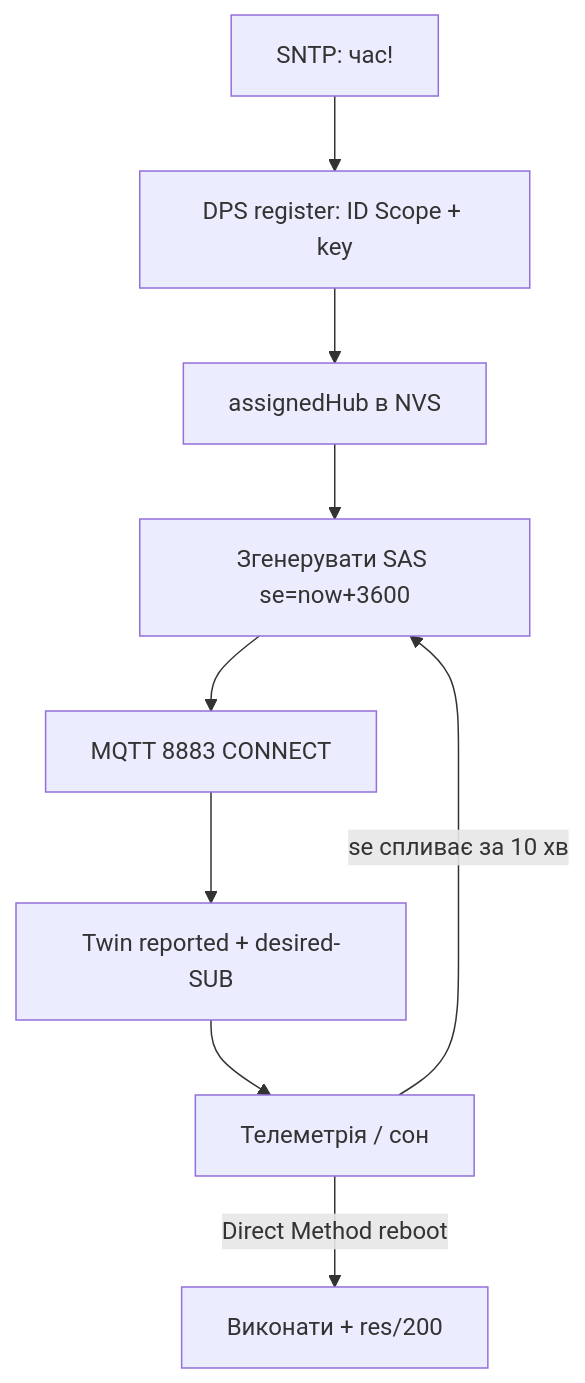
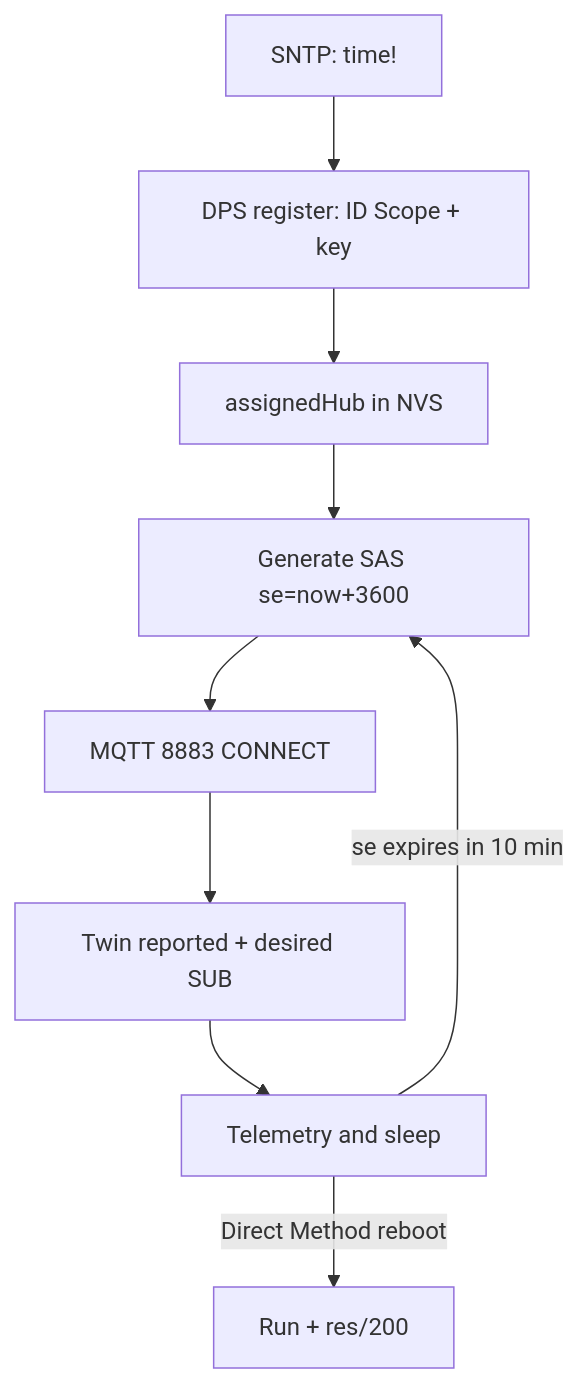
One commit to ksalab/embedded-reference changed the diagram in obsidian_vault/ESP32-Reference/EN/15-Protocols/13-Azure-IoT.en.md. Above: the diagram before and after it, drawn with Mermaid. The commit also changed other lines of this file and 76 other files, not shown here.

````diff
--- a/obsidian_vault/ESP32-Reference/EN/15-Protocols/13-Azure-IoT.en.md
+++ b/obsidian_vault/ESP32-Reference/EN/15-Protocols/13-Azure-IoT.en.md
@@ -90,11 +89,11 @@
 ```mermaid
 flowchart TB
-    SNTP[SNTP: час!] --> REG[DPS register: ID Scope + key]
-    REG --> HUB[assignedHub в NVS]
-    HUB --> SAS[Згенерувати SAS se=now+3600]
+    SNTP[SNTP: time!] --> REG[DPS register: ID Scope + key]
+    REG --> HUB[assignedHub in NVS]
+    HUB --> SAS[Generate SAS se=now+3600]
     SAS --> CONN[MQTT 8883 CONNECT]
-    CONN --> TWIN[Twin reported + desired-SUB]
-    TWIN --> WORK[Телеметрія / сон]
-    WORK -->|se спливає за 10 хв| SAS
-    WORK -->|Direct Method reboot| REBOOT[Виконати + res/200]
+    CONN --> TWIN[Twin reported + desired SUB]
+    TWIN --> WORK[Telemetry and sleep]
+    WORK -->|se expires in 10 min| SAS
+    WORK -->|Direct Method reboot| REBOOT[Run + res/200]
 ```
````
